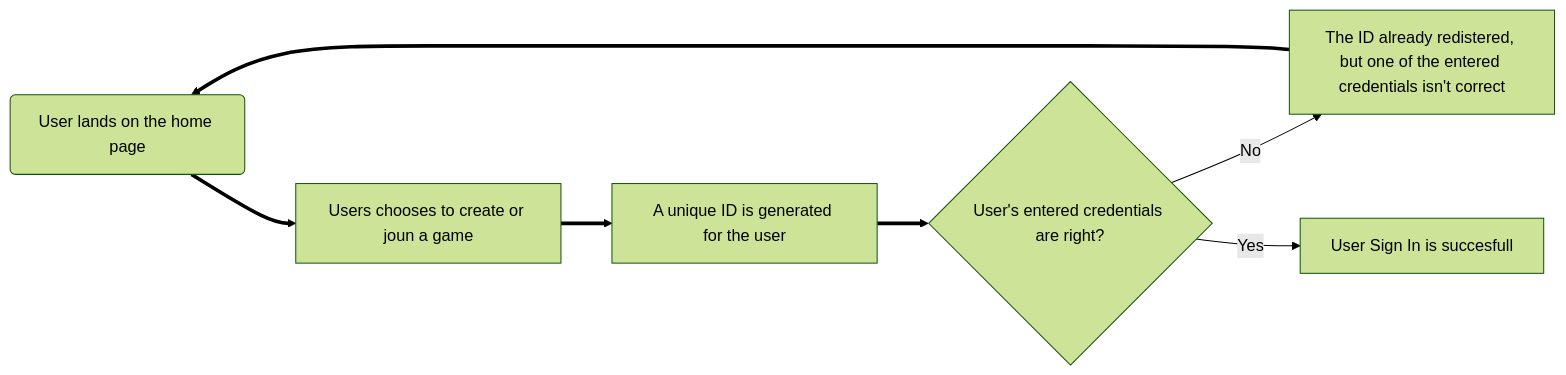
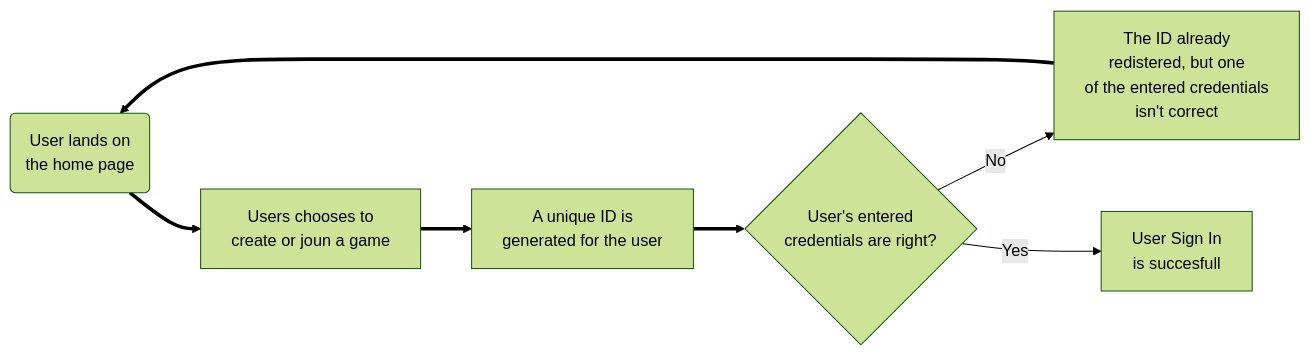
One commit to namanctrvd/Stocky changed the second of 3 diagrams in README.md. Above: the diagram before and after it, drawn with Mermaid (forest theme). The commit also changed other lines of this file, not shown here.

Commit message:
improved flowchart

````diff
--- a/README.md
+++ b/README.md
@@ -26,9 +26,9 @@
 ``` mermaid
 flowchart LR
-    A(User lands on the home page) ==> B[Users chooses to create or joun a game]
-    B ==> C[A unique ID is generated for the user]
-    C ==> D{User's entered credentials are right?}
-    D -->|No| E[The ID already redistered, but one of the entered credentials isn't correct]
+    A(User lands on </br> the home page) ==> B[Users chooses to </br> create or joun a game]
+    B ==> C[A unique ID is </br> generated for the user]
+    C ==> D{User's entered </br> credentials are right?}
+    D -->|No| E[The ID already </br> redistered, but one </br> of the entered credentials </br> isn't correct]
     E ==> A
-    D -->|Yes| F[User Sign In is succesfull]
+    D -->|Yes| F[User Sign In </br> is succesfull]
 ```
````
